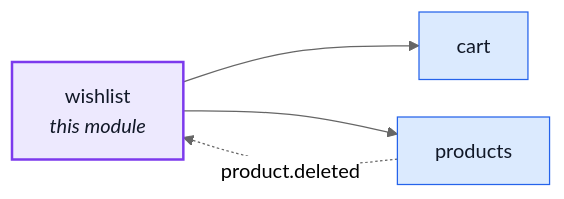
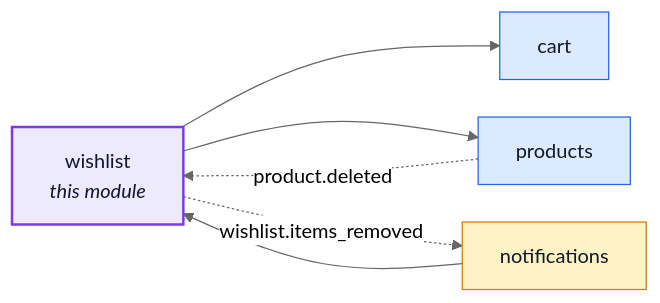
Before and after one commit to Guebbit/boilerplate-node-backend: the first of 2 diagrams in docs/modules/wishlist.md, drawn with Mermaid (neutral theme). The commit also changed other lines of this file and 128 other files, not shown here.

````diff
--- a/docs/modules/wishlist.md
+++ b/docs/modules/wishlist.md
@@ -16,18 +16,22 @@
 ```mermaid
 %%{init: {'flowchart': {'nodeSpacing': 30, 'rankSpacing': 60}}}%%
 flowchart LR
     wishlist["wishlist<br/><i>this module</i>"]
     cart["cart"]
+    notifications["notifications"]
     products["products"]
 
+    notifications --> wishlist
     wishlist --> cart
     wishlist --> products
     products -. "product.deleted" .-> wishlist
+    wishlist -. "wishlist.items_removed" .-> notifications
 
     classDef core fill:#dbeafe,stroke:#2563eb,color:#111827;
     classDef supporting fill:#fef3c7,stroke:#d97706,color:#111827;
     classDef generic fill:#dcfce7,stroke:#16a34a,color:#111827;
     classDef centre fill:#ede9fe,stroke:#7c3aed,stroke-width:2px,color:#111827;
     class cart,products core;
+    class notifications supporting;
     class wishlist centre;
 ```
````
